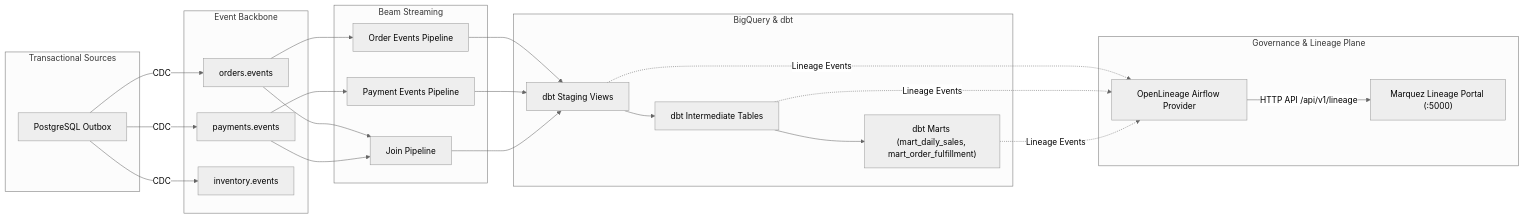
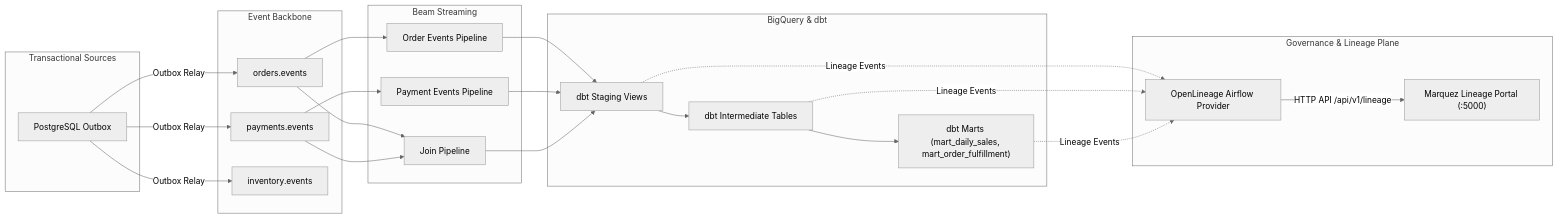
The diagram in docs/architecture/data-lineage.md (sunitakeazycommerz-a11y/InstaCommerce), drawn with Mermaid (neutral theme) before and after one commit. The commit also changed 77 other files, not shown here.

First line of the commit message:
docs: reconcile monorepo architecture, services and runbooks with codebase truth

````diff
--- a/docs/architecture/data-lineage.md
+++ b/docs/architecture/data-lineage.md
@@ -6,46 +6,46 @@
 ```mermaid
 flowchart LR
     subgraph Sources["Transactional Sources"]
         PG["PostgreSQL Outbox"]
     end
 
     subgraph Kafka["Event Backbone"]
         KT1["orders.events"]
         KT2["payments.events"]
         KT3["inventory.events"]
     end
 
     subgraph Streaming["Beam Streaming"]
         B1["Order Events Pipeline"]
         B2["Payment Events Pipeline"]
         B3["Join Pipeline"]
     end
 
     subgraph Warehouse["BigQuery & dbt"]
         STG["dbt Staging Views"]
         INT["dbt Intermediate Tables"]
         MART["dbt Marts (mart_daily_sales, mart_order_fulfillment)"]
     end
 
     subgraph Lineage["Governance & Lineage Plane"]
         OL["OpenLineage Airflow Provider"]
         MQ["Marquez Lineage Portal (:5000)"]
     end
 
-    PG -->|CDC| KT1
-    PG -->|CDC| KT2
-    PG -->|CDC| KT3
+    PG -->|Outbox Relay| KT1
+    PG -->|Outbox Relay| KT2
+    PG -->|Outbox Relay| KT3
 
     KT1 --> B1
     KT2 --> B2
     KT1 & KT2 --> B3
 
     B1 & B2 & B3 --> STG
     STG --> INT
     INT --> MART
 
     STG -.->|Lineage Events| OL
     INT -.->|Lineage Events| OL
     MART -.->|Lineage Events| OL
     OL -->|HTTP API /api/v1/lineage| MQ
 ```
````
